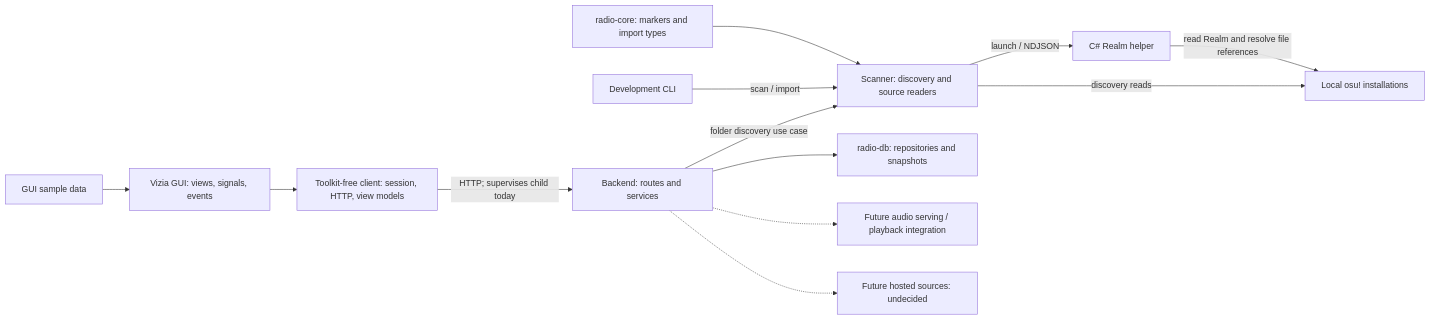
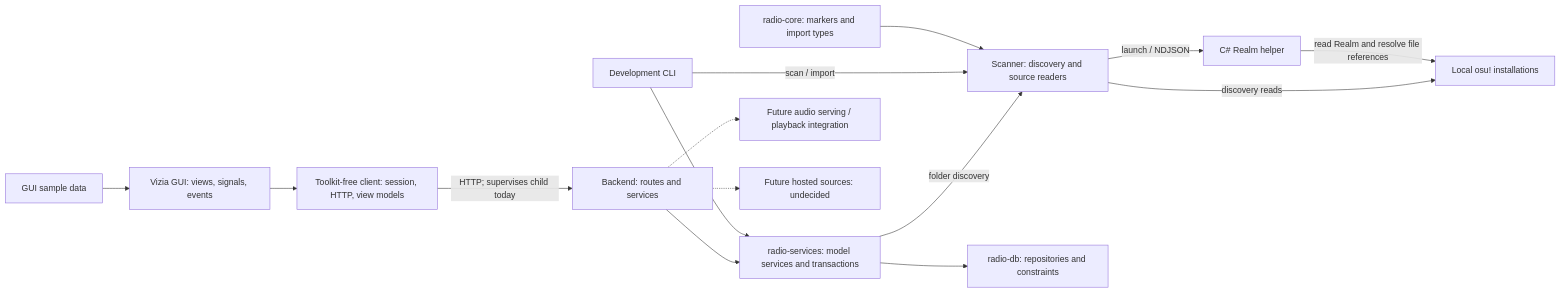
One commit to Jayko321/osu-radio changed the diagram in docs/agent/index.md. Above: the diagram before and after it, drawn with Mermaid. The commit also changed other lines of this file and 38 other files, not shown here.

````diff
--- a/docs/agent/index.md
+++ b/docs/agent/index.md
@@ -44,15 +45,17 @@
 ```mermaid
 flowchart LR
     GUI["Vizia GUI: views, signals, events"] --> Client["Toolkit-free client: session, HTTP, view models"]
     Sample["GUI sample data"] --> GUI
     Client -->|"HTTP; supervises child today"| Server["Backend: routes and services"]
-    Server -->|"folder discovery use case"| Scanner["Scanner: discovery and source readers"]
-    Server --> DB["radio-db: repositories and snapshots"]
+    Server --> Services["radio-services: model services and transactions"]
+    Services -->|"folder discovery"| Scanner["Scanner: discovery and source readers"]
+    Services --> DB["radio-db: repositories and constraints"]
+    CLI --> Services
     CLI["Development CLI"] -->|"scan / import"| Scanner
     Scanner -->|"discovery reads"| Local["Local osu! installations"]
     Scanner -->|"launch / NDJSON"| Helper["C# Realm helper"]
     Helper -->|"read Realm and resolve file references"| Local
     Core["radio-core: markers and import types"] --> Scanner
     Server -.-> Audio["Future audio serving / playback integration"]
     Server -.-> Hosted["Future hosted sources: undecided"]
 ```
````
